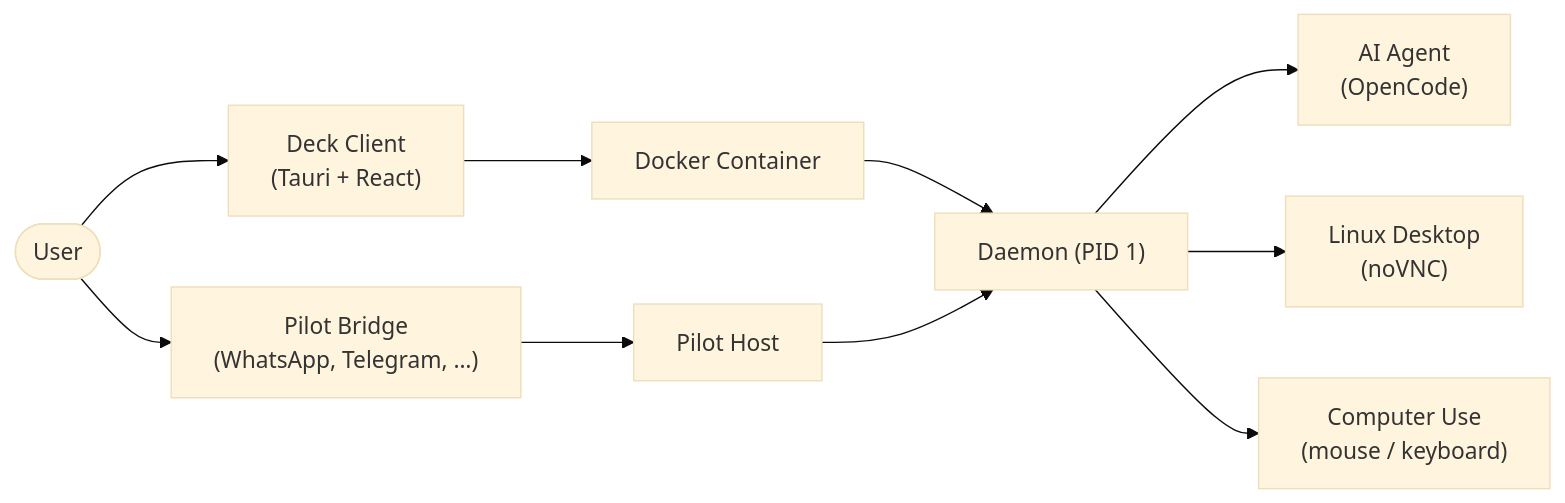
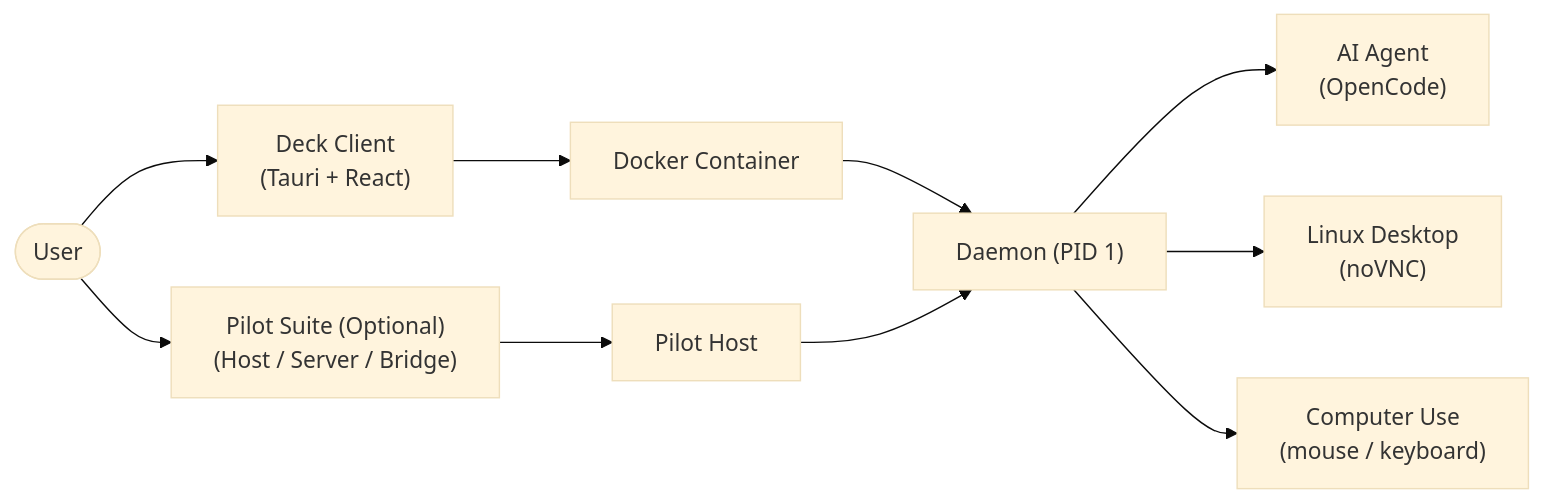
Before and after one commit to cofy-x/deck: the diagram in README.md, drawn with Mermaid (base theme). The commit also changed other lines of this file and 21 other files, not shown here.

````diff
--- a/README.md
+++ b/README.md
@@ -97,13 +111,13 @@
 ```mermaid
 graph LR
   User([User]) --> Client["Deck Client<br/>(Tauri + React)"]
   Client --> Docker["Docker Container"]
   Docker --> Daemon["Daemon (PID 1)"]
   Daemon --> AI["AI Agent<br/>(OpenCode)"]
   Daemon --> Desktop["Linux Desktop<br/>(noVNC)"]
   Daemon --> ComputerUse["Computer Use<br/>(mouse / keyboard)"]
 
-  User --> PilotBridge["Pilot Bridge<br/>(WhatsApp, Telegram, …)"]
-  PilotBridge --> PilotHost["Pilot Host"]
+  User --> PilotSuite["Pilot Suite (Optional)<br/>(Host / Server / Bridge)"]
+  PilotSuite --> PilotHost["Pilot Host"]
   PilotHost --> Daemon
 ```
````
